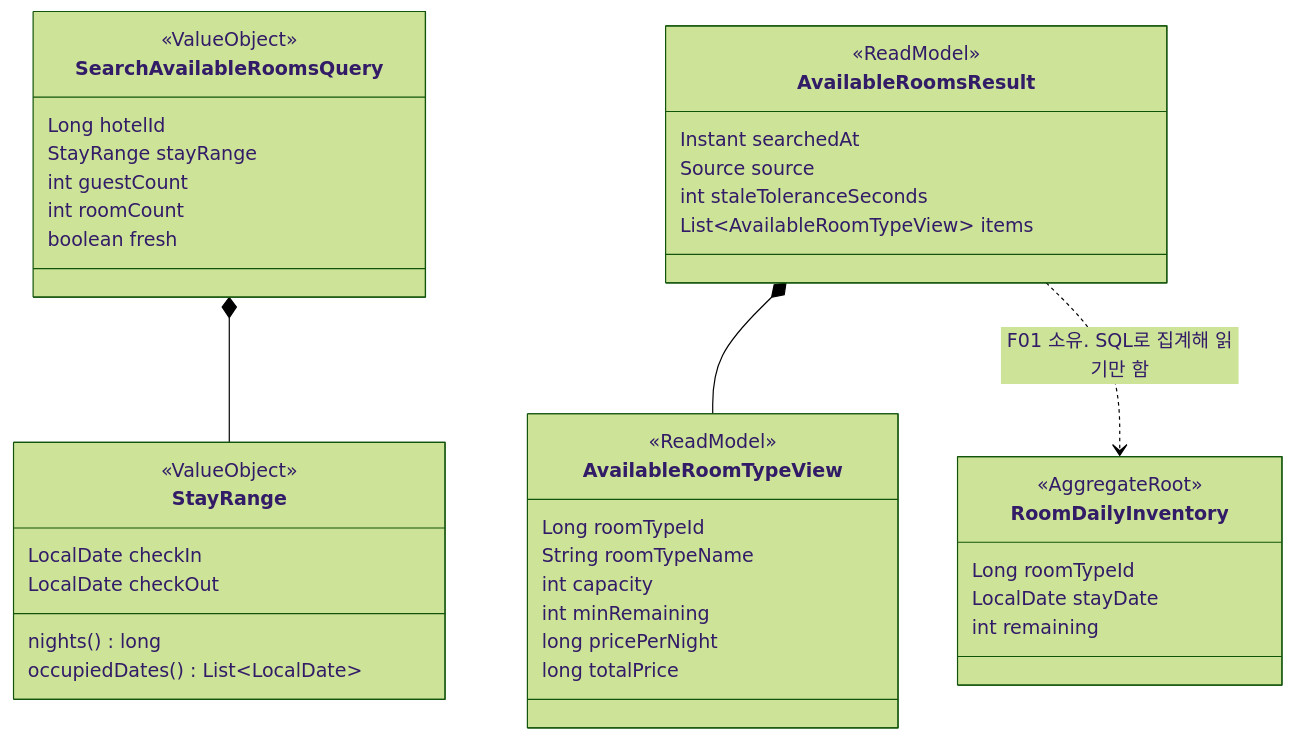
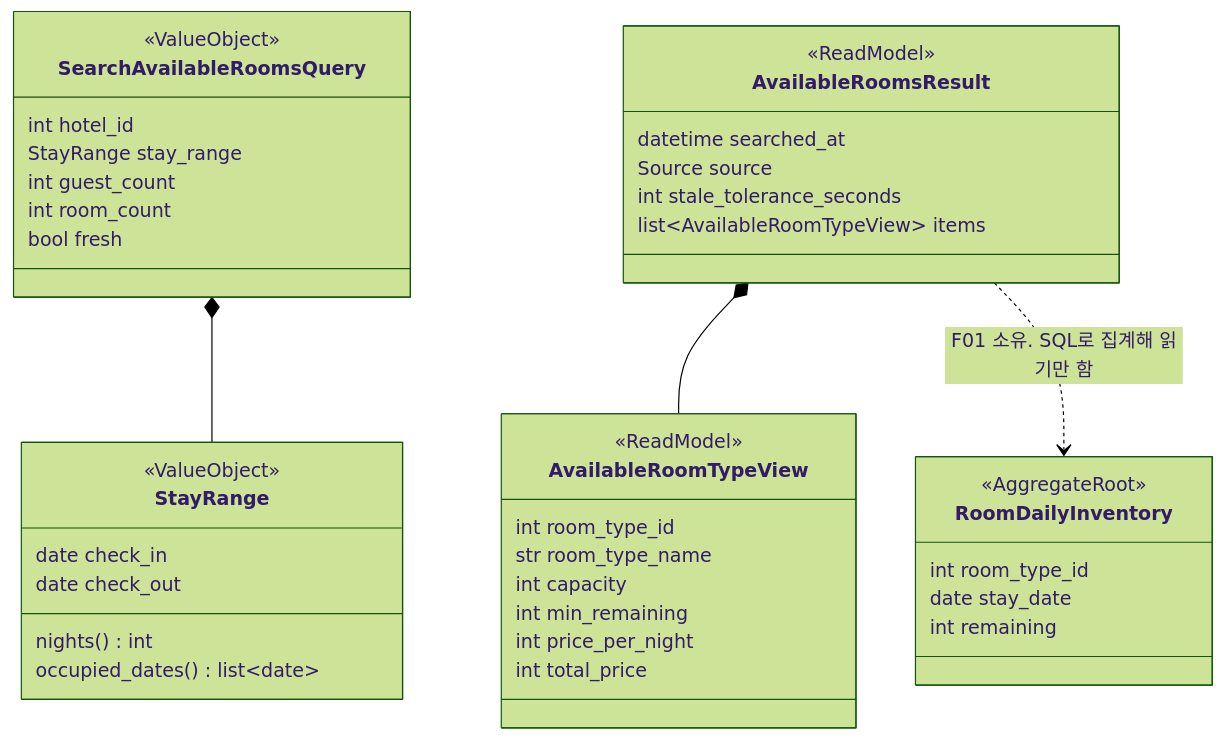
The first of 6 diagrams in docs/spec/F03-가용-객실-검색.md (Diocto/pms), drawn with Mermaid (forest theme) before and after one commit. The commit also changed other lines of this file and 3 other files, not shown here.

````diff
--- a/docs/spec/F03-가용-객실-검색.md
+++ b/docs/spec/F03-가용-객실-검색.md
@@ -80,43 +87,43 @@
 ```mermaid
 classDiagram
     class SearchAvailableRoomsQuery {
         <<ValueObject>>
-        Long hotelId
-        StayRange stayRange
-        int guestCount
-        int roomCount
-        boolean fresh
+        int hotel_id
+        StayRange stay_range
+        int guest_count
+        int room_count
+        bool fresh
     }
     class StayRange {
         <<ValueObject>>
-        LocalDate checkIn
-        LocalDate checkOut
-        nights() long
-        occupiedDates() List~LocalDate~
+        date check_in
+        date check_out
+        nights() int
+        occupied_dates() list~date~
     }
     class AvailableRoomsResult {
         <<ReadModel>>
-        Instant searchedAt
+        datetime searched_at
         Source source
-        int staleToleranceSeconds
-        List~AvailableRoomTypeView~ items
+        int stale_tolerance_seconds
+        list~AvailableRoomTypeView~ items
     }
     class AvailableRoomTypeView {
         <<ReadModel>>
-        Long roomTypeId
-        String roomTypeName
+        int room_type_id
+        str room_type_name
         int capacity
-        int minRemaining
-        long pricePerNight
-        long totalPrice
+        int min_remaining
+        int price_per_night
+        int total_price
     }
     class RoomDailyInventory {
         <<AggregateRoot>>
-        Long roomTypeId
-        LocalDate stayDate
+        int room_type_id
+        date stay_date
         int remaining
     }
     SearchAvailableRoomsQuery *-- StayRange
     AvailableRoomsResult *-- AvailableRoomTypeView
     AvailableRoomsResult ..> RoomDailyInventory : F01 소유. SQL로 집계해 읽기만 함
 ```
````
